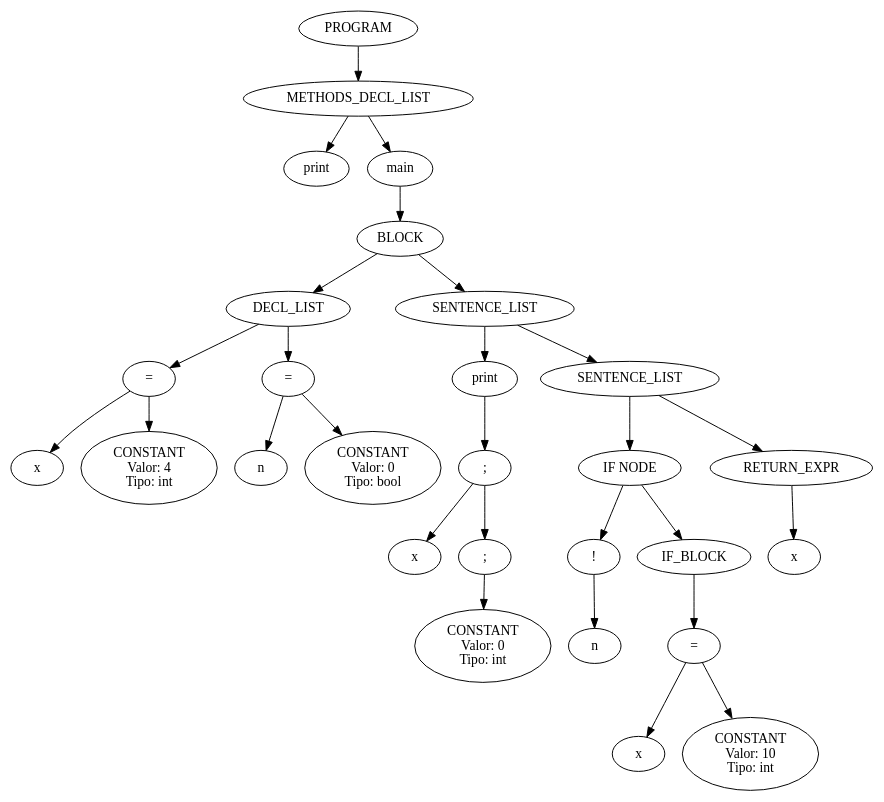
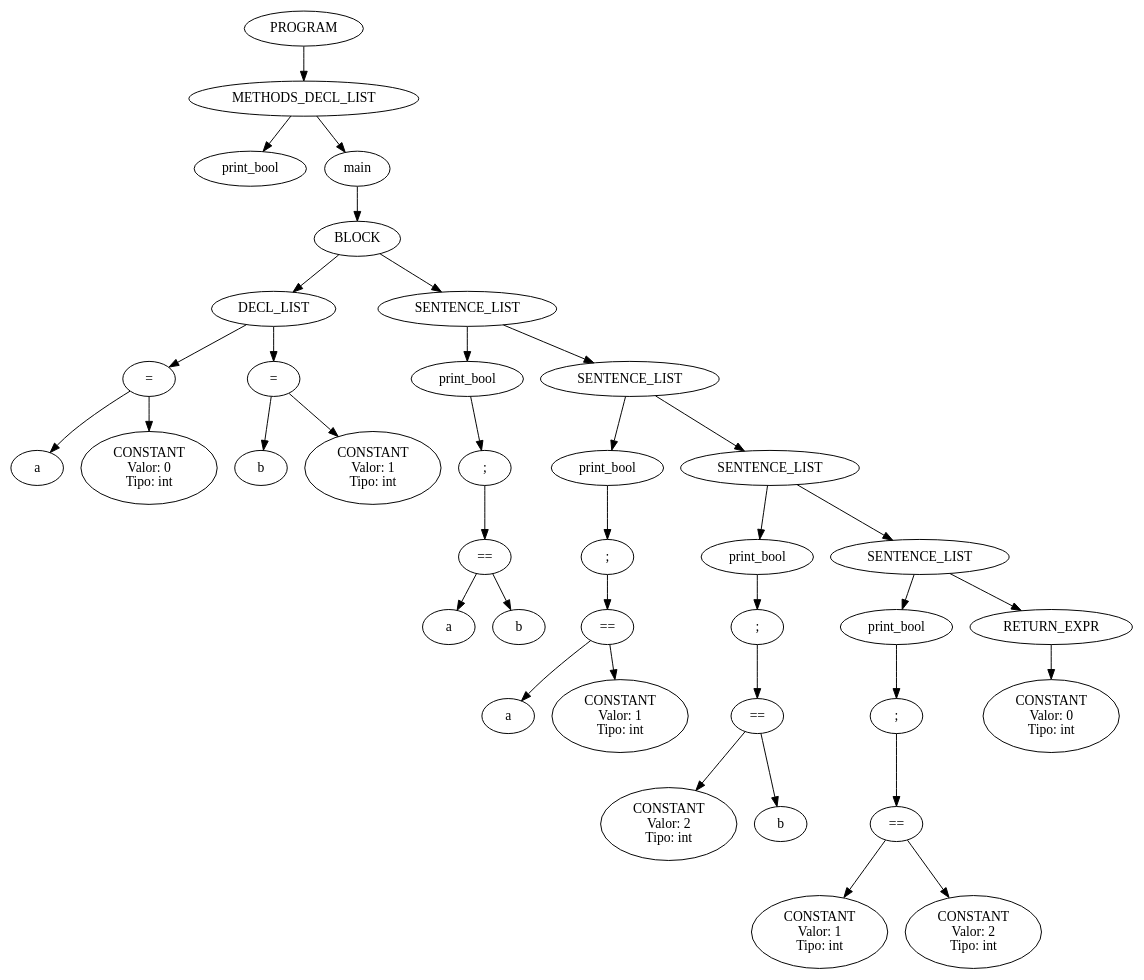
Before and after one commit to LucioMansilla/loopi_compiler: the diagram in ast.dot, drawn with Graphviz. The commit also changed 4 other files, not shown here.

```diff
--- a/ast.dot
+++ b/ast.dot
@@ -1,57 +1,77 @@
 digraph AST {
   0 [label="PROGRAM"];
   1 [label="METHODS_DECL_LIST"];
-  2 [label="print"];
+  2 [label="print_bool"];
   1 -> 2;
   3 [label="main"];
   4 [label="BLOCK"];
   5 [label="DECL_LIST"];
   6 [label="="];
-  7 [label="x"];
+  7 [label="a"];
   6 -> 7;
-  8 [label="CONSTANT\nValor: 4\nTipo: int"];
+  8 [label="CONSTANT\nValor: 0\nTipo: int"];
   6 -> 8;
   5 -> 6;
   9 [label="="];
-  10 [label="n"];
+  10 [label="b"];
   9 -> 10;
-  11 [label="CONSTANT\nValor: 0\nTipo: bool"];
+  11 [label="CONSTANT\nValor: 1\nTipo: int"];
   9 -> 11;
   5 -> 9;
   4 -> 5;
   12 [label="SENTENCE_LIST"];
-  13 [label="print"];
+  13 [label="print_bool"];
   14 [label=";"];
-  15 [label="x"];
+  15 [label="=="];
+  16 [label="a"];
+  15 -> 16;
+  17 [label="b"];
+  15 -> 17;
   14 -> 15;
-  16 [label=";"];
-  17 [label="CONSTANT\nValor: 0\nTipo: int"];
-  16 -> 17;
-  14 -> 16;
   13 -> 14;
   12 -> 13;
   18 [label="SENTENCE_LIST"];
-  19 [label="IF NODE"];
-  20 [label="!"];
-  21 [label="n"];
+  19 [label="print_bool"];
+  20 [label=";"];
+  21 [label="=="];
+  22 [label="a"];
+  21 -> 22;
+  23 [label="CONSTANT\nValor: 1\nTipo: int"];
+  21 -> 23;
   20 -> 21;
   19 -> 20;
-  22 [label="IF_BLOCK"];
-  23 [label="="];
-  24 [label="x"];
-  23 -> 24;
-  25 [label="CONSTANT\nValor: 10\nTipo: int"];
-  23 -> 25;
-  22 -> 23;
-  19 -> 22;
   18 -> 19;
-  26 [label="RETURN_EXPR"];
-  27 [label="x"];
+  24 [label="SENTENCE_LIST"];
+  25 [label="print_bool"];
+  26 [label=";"];
+  27 [label="=="];
+  28 [label="CONSTANT\nValor: 2\nTipo: int"];
+  27 -> 28;
+  29 [label="b"];
+  27 -> 29;
   26 -> 27;
-  18 -> 26;
+  25 -> 26;
+  24 -> 25;
+  30 [label="SENTENCE_LIST"];
+  31 [label="print_bool"];
+  32 [label=";"];
+  33 [label="=="];
+  34 [label="CONSTANT\nValor: 1\nTipo: int"];
+  33 -> 34;
+  35 [label="CONSTANT\nValor: 2\nTipo: int"];
+  33 -> 35;
+  32 -> 33;
+  31 -> 32;
+  30 -> 31;
+  36 [label="RETURN_EXPR"];
+  37 [label="CONSTANT\nValor: 0\nTipo: int"];
+  36 -> 37;
+  30 -> 36;
+  24 -> 30;
+  18 -> 24;
   12 -> 18;
   4 -> 12;
   3 -> 4;
   1 -> 3;
   0 -> 1;
 }
```
